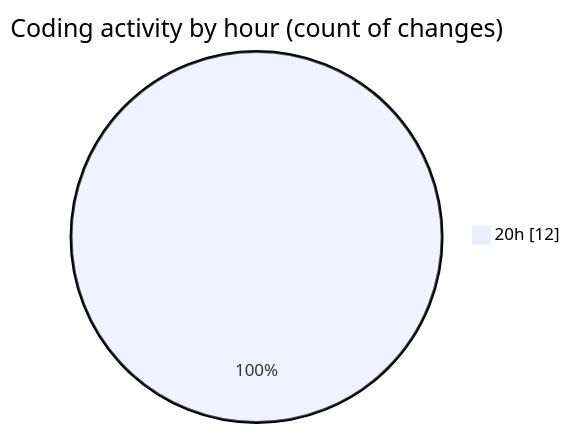
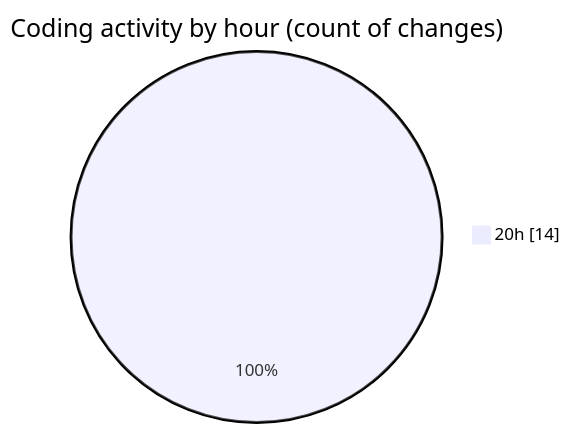
One commit to Netris89/code-tracking changed the second of 2 diagrams in 2025-05-09/date/README.md. Above: the diagram before and after it, drawn with Mermaid. The commit also changed other lines of this file and 1 other file, not shown here.

````diff
--- a/2025-05-09/date/README.md
+++ b/2025-05-09/date/README.md
@@ -33,5 +33,5 @@
 ```mermaid
 pie showData
 title Coding activity by hour (count of changes)
-"20h" : 12
+"20h" : 14
 ```
````
